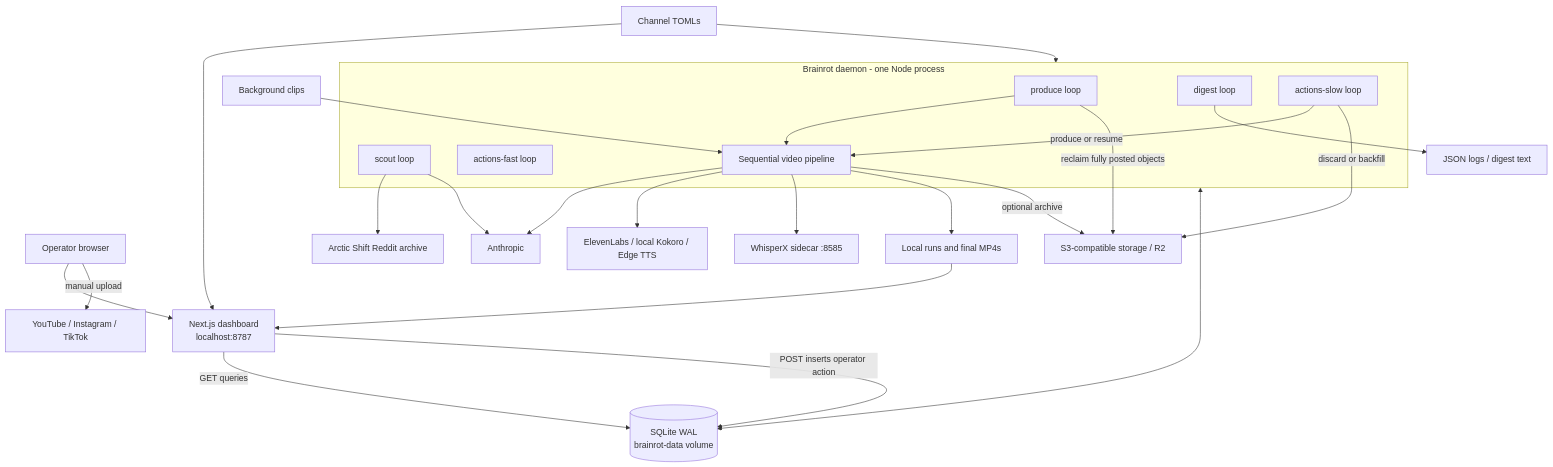
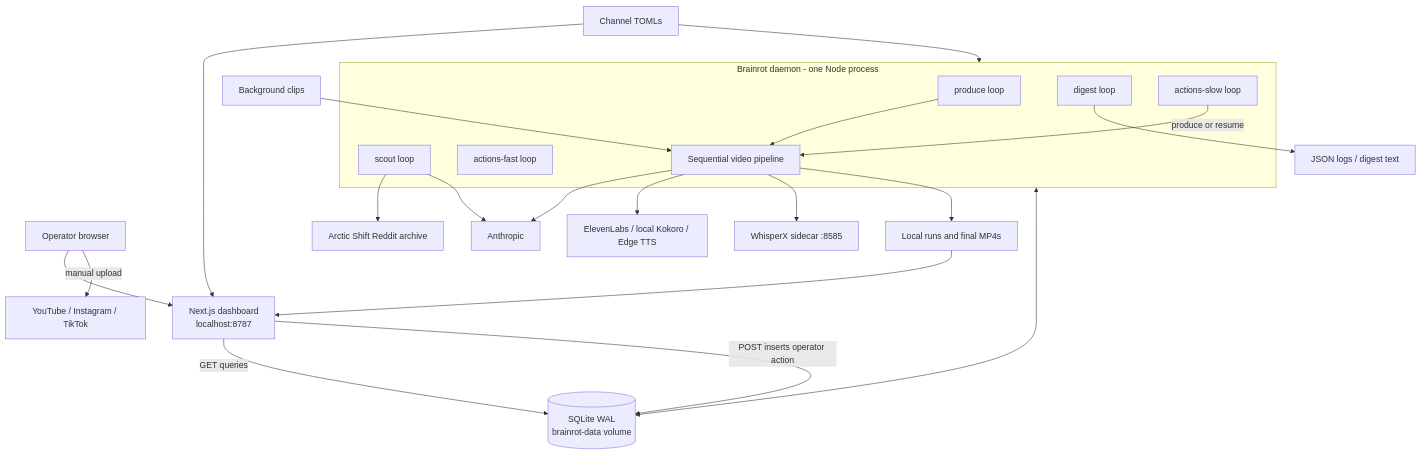
Before and after one commit to AlexMorrow239/contentd-system: the first of 7 diagrams in docs/system-architecture.md, drawn with Mermaid. The commit also changed other lines of this file and 31 other files, not shown here.

````diff
--- a/docs/system-architecture.md
+++ b/docs/system-architecture.md
@@ -9,32 +9,29 @@
 ```mermaid
 flowchart TB
   User[Operator browser] --> Dashboard[Next.js dashboard\nlocalhost:8787]
   Dashboard -->|GET queries| DB[(SQLite WAL\nbrainrot-data volume)]
   Dashboard -->|POST inserts operator action| DB
   subgraph Daemon[Brainrot daemon - one Node process]
     Produce[produce loop]
     Scout[scout loop]
     Digest[digest loop]
     Fast[actions-fast loop]
     Slow[actions-slow loop]
     Pipeline[Sequential video pipeline]
     Produce --> Pipeline
     Slow -->|produce or resume| Pipeline
   end
   Daemon <--> DB
   Config[Channel TOMLs] --> Daemon
   Config --> Dashboard
   Scout --> Arctic[Arctic Shift Reddit archive]
   Scout --> Anthropic[Anthropic]
   Pipeline --> Anthropic
   Pipeline --> Voice[ElevenLabs / local Kokoro / Edge TTS]
   Pipeline --> Whisper[WhisperX sidecar :8585]
   Assets[Background clips] --> Pipeline
   Pipeline --> Runs[Local runs and final MP4s]
   Runs --> Dashboard
-  Pipeline -->|optional archive| S3[S3-compatible storage / R2]
-  Produce -->|reclaim fully posted objects| S3
-  Slow -->|discard or backfill| S3
   Digest --> Logs[JSON logs / digest text]
   User -->|manual upload| Platforms[YouTube / Instagram / TikTok]
 ```
````
